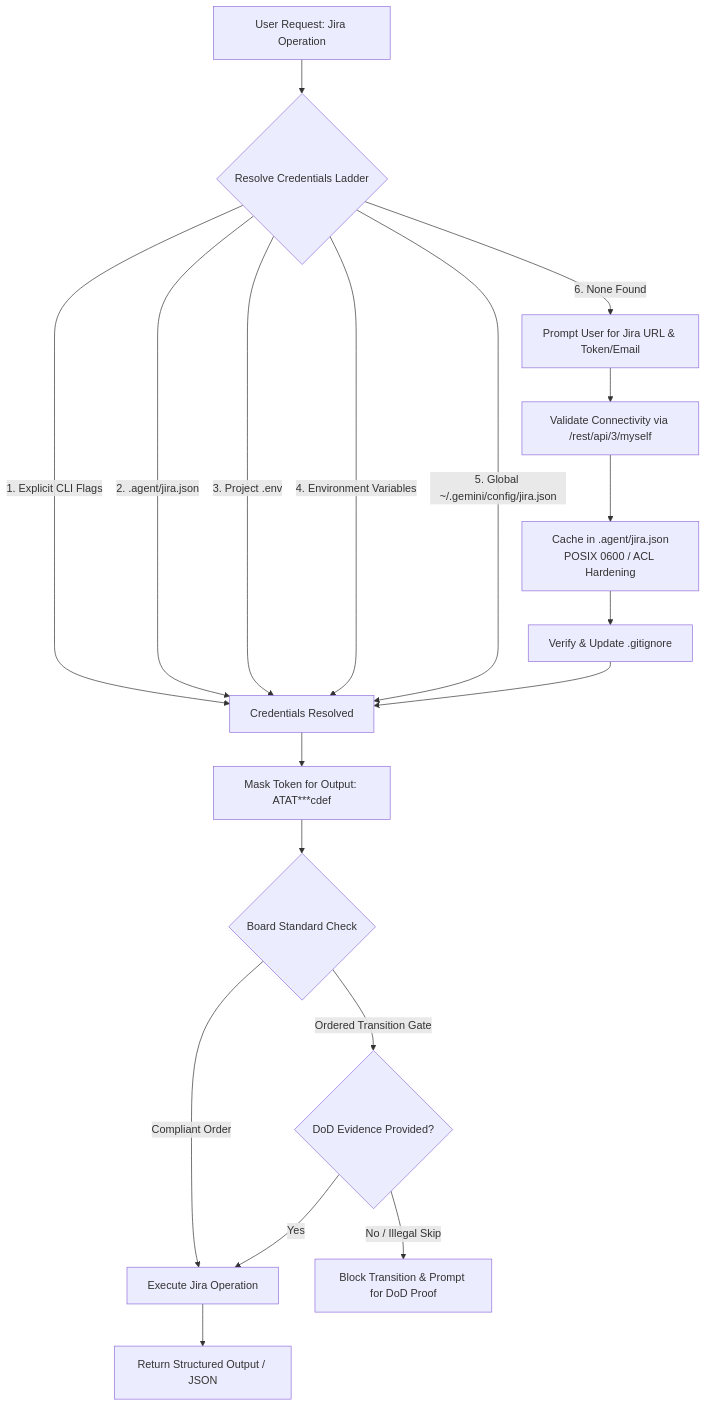
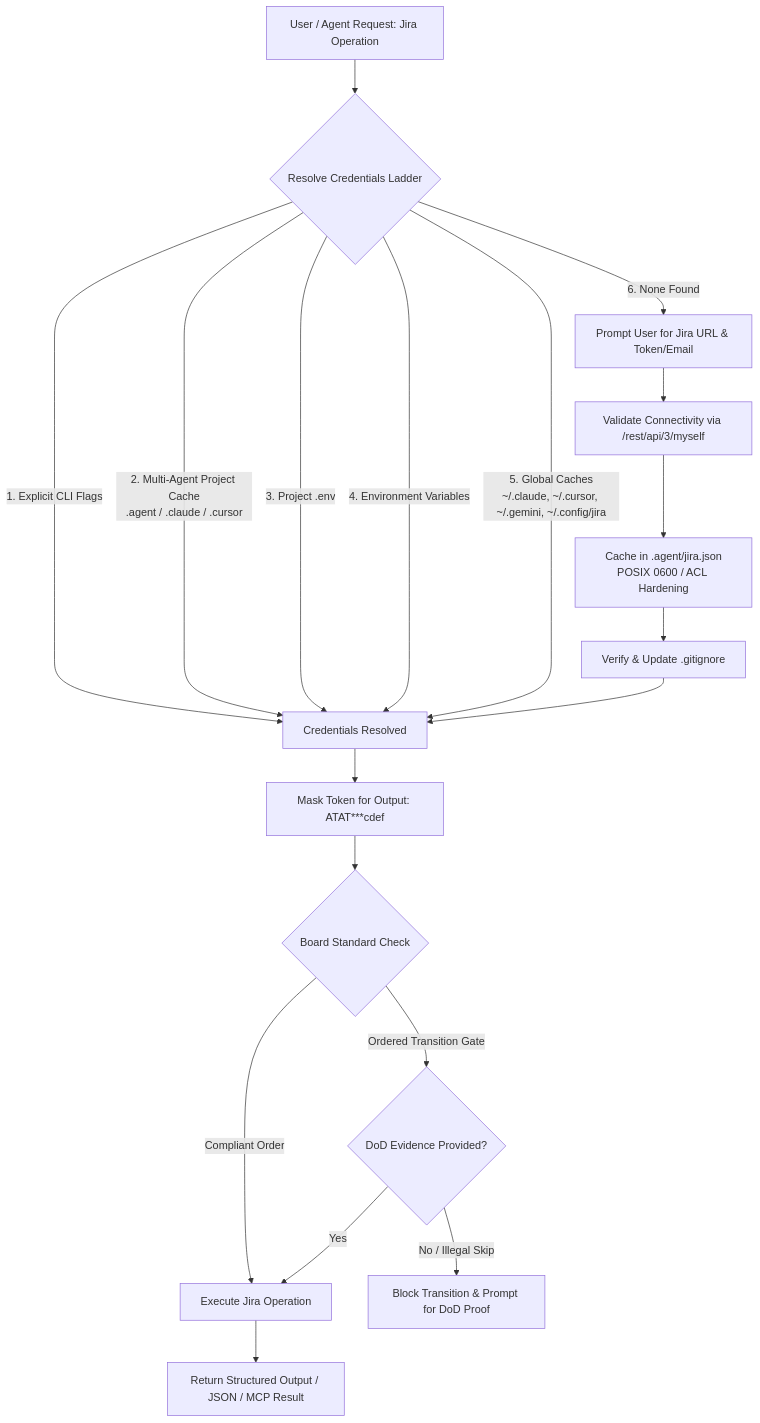
The first of 2 diagrams in SKILL.md (AminFallah4252/agent-jira-integration), drawn with Mermaid before and after one commit. The commit also changed other lines of this file and 21 other files, not shown here.

Commit message:
feat: add universal multi-agent support for claude, cursor, copilot, windsurf, cline and mcp

````diff
--- a/SKILL.md
+++ b/SKILL.md
@@ -21,24 +20,24 @@
 ```mermaid
 flowchart TD
-    UserReq[User Request: Jira Operation] --> ResolveCreds{Resolve Credentials Ladder}
+    UserReq[User / Agent Request: Jira Operation] --> ResolveCreds{Resolve Credentials Ladder}
     
     ResolveCreds -->|1. Explicit CLI Flags| CredsFound[Credentials Resolved]
-    ResolveCreds -->|2. .agent/jira.json| CredsFound
+    ResolveCreds -->|2. Multi-Agent Project Cache<br/>.agent / .claude / .cursor| CredsFound
     ResolveCreds -->|3. Project .env| CredsFound
     ResolveCreds -->|4. Environment Variables| CredsFound
-    ResolveCreds -->|5. Global ~/.gemini/config/jira.json| CredsFound
+    ResolveCreds -->|5. Global Caches<br/>~/.claude, ~/.cursor, ~/.gemini, ~/.config/jira| CredsFound
     ResolveCreds -->|6. None Found| PromptUser[Prompt User for Jira URL & Token/Email]
     
     PromptUser --> ValidateInput[Validate Connectivity via /rest/api/3/myself]
     ValidateInput --> CacheSecurely[Cache in .agent/jira.json<br/>POSIX 0600 / ACL Hardening]
     CacheSecurely --> AutoGitignore[Verify & Update .gitignore]
     AutoGitignore --> CredsFound
     
     CredsFound --> MaskToken[Mask Token for Output: ATAT***cdef]
     MaskToken --> AuditBoard{Board Standard Check}
     AuditBoard -->|Compliant Order| ExecuteOp[Execute Jira Operation]
     AuditBoard -->|Ordered Transition Gate| VerifyDoD{DoD Evidence Provided?}
     VerifyDoD -->|Yes| ExecuteOp
     VerifyDoD -->|No / Illegal Skip| BlockTransition[Block Transition & Prompt for DoD Proof]
-    ExecuteOp --> ReturnResult[Return Structured Output / JSON]
+    ExecuteOp --> ReturnResult[Return Structured Output / JSON / MCP Result]
 ```
````
